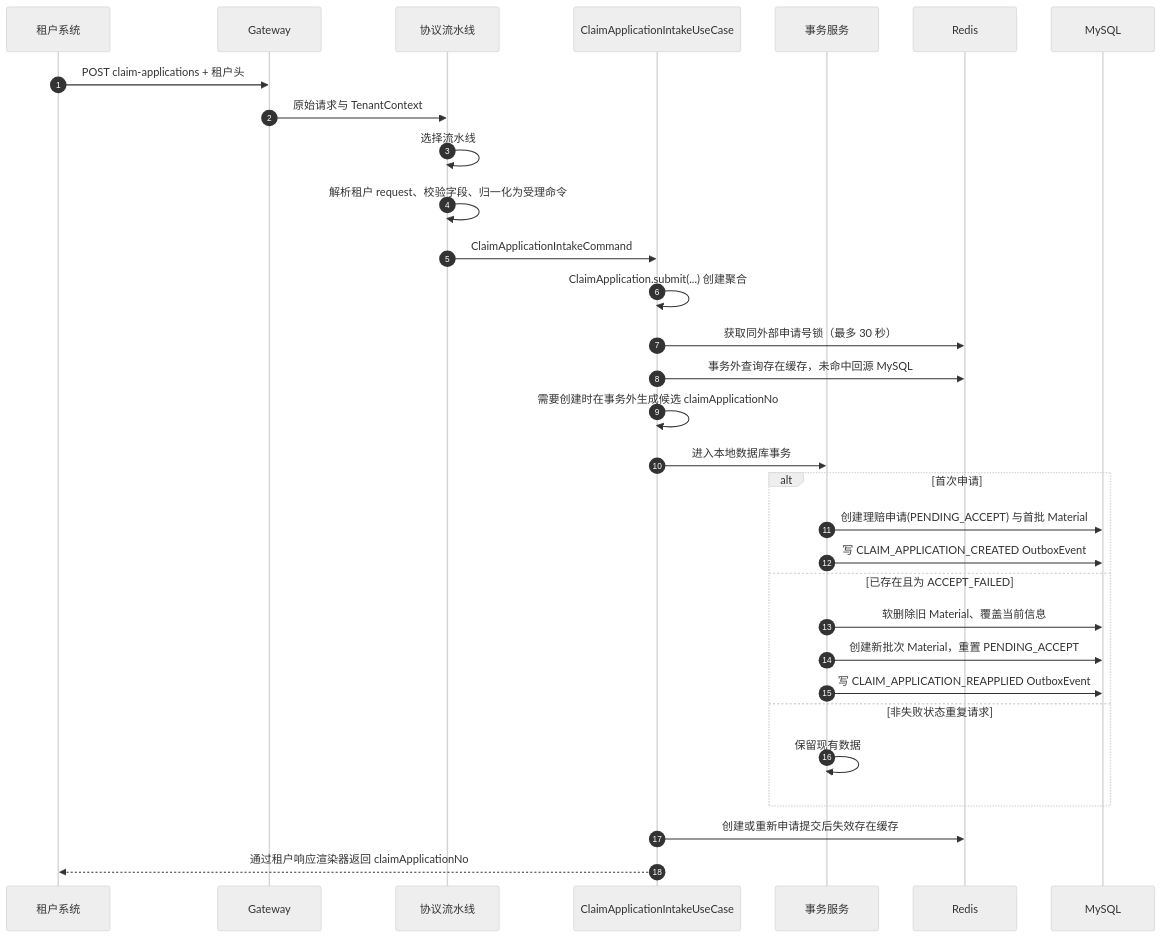
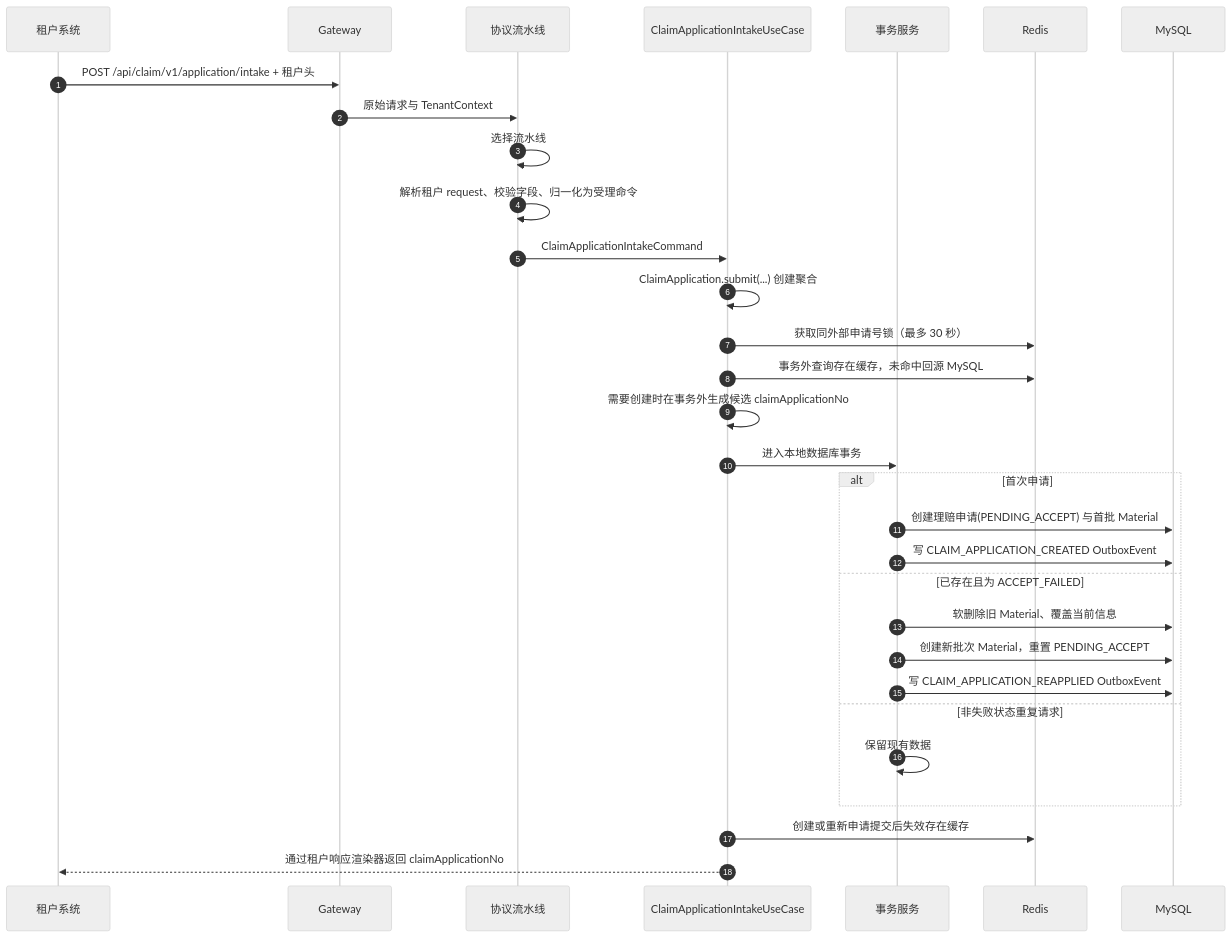
Before and after one commit to wangguangwu/claim-integration-platform: the second of 4 diagrams in specs/003-application-intake/design.md, drawn with Mermaid (neutral theme). The commit also changed other lines of this file and 7 other files, not shown here.

First line of the commit message:
承保回调迁入 /api/claim 前缀，同步契约、联调文档与压测脚本

````diff
--- a/specs/003-application-intake/design.md
+++ b/specs/003-application-intake/design.md
@@ -30,36 +30,36 @@
 ```mermaid
 sequenceDiagram
     autonumber
     participant T as 租户系统
     participant G as Gateway
     participant R as 协议流水线
     participant U as ClaimApplicationIntakeUseCase
     participant X as 事务服务
     participant RDS as Redis
     participant DB as MySQL
 
-    T->>G: POST claim-applications + 租户头
+    T->>G: POST /api/claim/v1/application/intake + 租户头
     G->>R: 原始请求与 TenantContext
     R->>R: 选择流水线
     R->>R: 解析租户 request、校验字段、归一化为受理命令
     R->>U: ClaimApplicationIntakeCommand
     U->>U: ClaimApplication.submit(...) 创建聚合
     U->>RDS: 获取同外部申请号锁（最多 30 秒）
     U->>RDS: 事务外查询存在缓存，未命中回源 MySQL
     U->>U: 需要创建时在事务外生成候选 claimApplicationNo
     U->>X: 进入本地数据库事务
 
     alt 首次申请
         X->>DB: 创建理赔申请(PENDING_ACCEPT) 与首批 Material
         X->>DB: 写 CLAIM_APPLICATION_CREATED OutboxEvent
     else 已存在且为 ACCEPT_FAILED
         X->>DB: 软删除旧 Material、覆盖当前信息
         X->>DB: 创建新批次 Material，重置 PENDING_ACCEPT
         X->>DB: 写 CLAIM_APPLICATION_REAPPLIED OutboxEvent
     else 非失败状态重复请求
         X->>X: 保留现有数据
     end
 
     U->>RDS: 创建或重新申请提交后失效存在缓存
     U-->>T: 通过租户响应渲染器返回 claimApplicationNo
 ```
````
